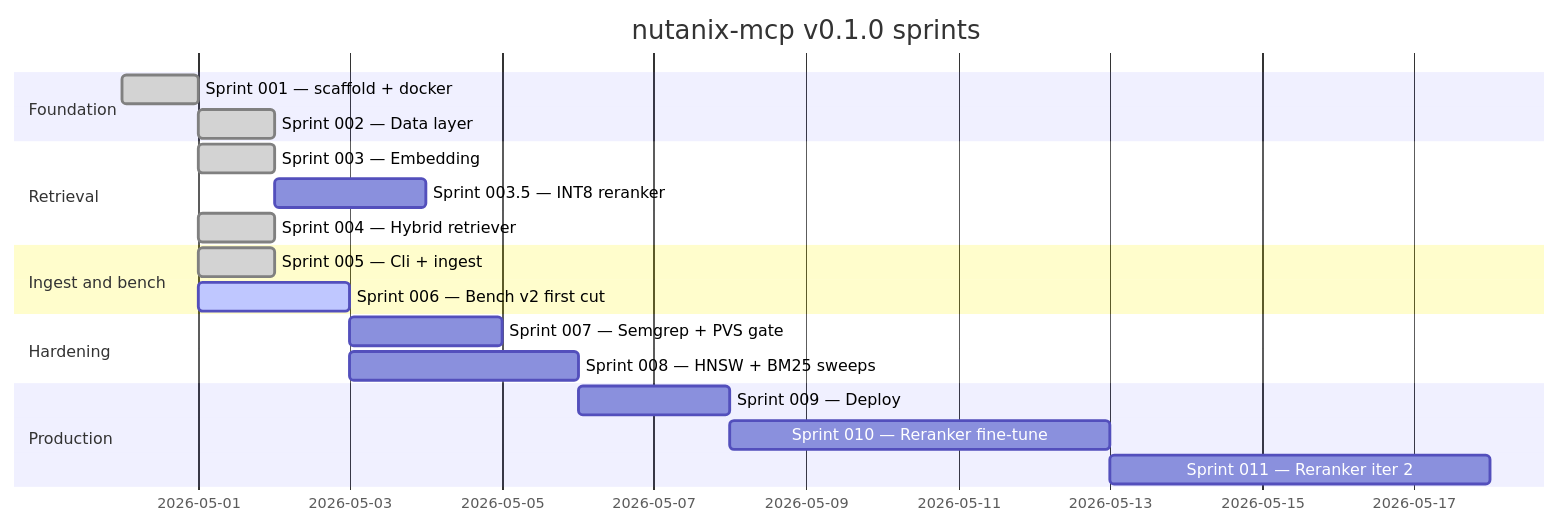
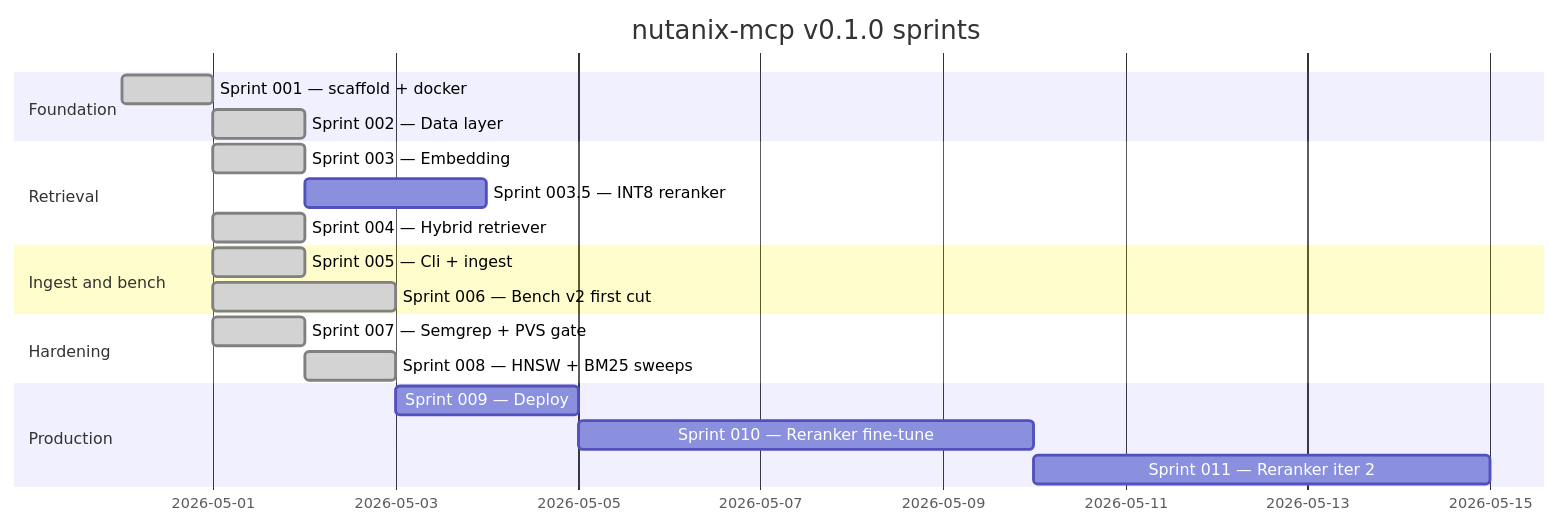
The diagram in docs/en/roadmap.md (ioplane/nutanix-mcp), drawn with Mermaid before and after one commit. The commit also changed other lines of this file and 8 other files, not shown here.

````diff
--- a/docs/en/roadmap.md
+++ b/docs/en/roadmap.md
@@ -9,22 +9,22 @@
 ```mermaid
 gantt
   title nutanix-mcp v0.1.0 sprints
   dateFormat YYYY-MM-DD
   section Foundation
   Sprint 001 — scaffold + docker     :done, s001, 2026-04-30, 1d
   Sprint 002 — Data layer            :done, s002, 2026-05-01, 1d
   section Retrieval
   Sprint 003 — Embedding             :done, s003, 2026-05-01, 1d
   Sprint 003.5 — INT8 reranker       :         s0035, after s003, 2d
   Sprint 004 — Hybrid retriever      :done, s004, 2026-05-01, 1d
   section Ingest and bench
   Sprint 005 — Cli + ingest          :done, s005, 2026-05-01, 1d
-  Sprint 006 — Bench v2 first cut    :active, s006, 2026-05-01, 2d
+  Sprint 006 — Bench v2 first cut    :done, s006, 2026-05-01, 2d
   section Hardening
-  Sprint 007 — Semgrep + PVS gate    :         s007, after s006, 2d
-  Sprint 008 — HNSW + BM25 sweeps    :         s008, after s006, 3d
+  Sprint 007 — Semgrep + PVS gate    :done, s007, 2026-05-01, 1d
+  Sprint 008 — HNSW + BM25 sweeps    :done, s008, 2026-05-02, 1d
   section Production
   Sprint 009 — Deploy                :         s009, after s008, 2d
   Sprint 010 — Reranker fine-tune    :         s010, after s009, 5d
   Sprint 011 — Reranker iter 2       :         s011, after s010, 5d
 ```
````
